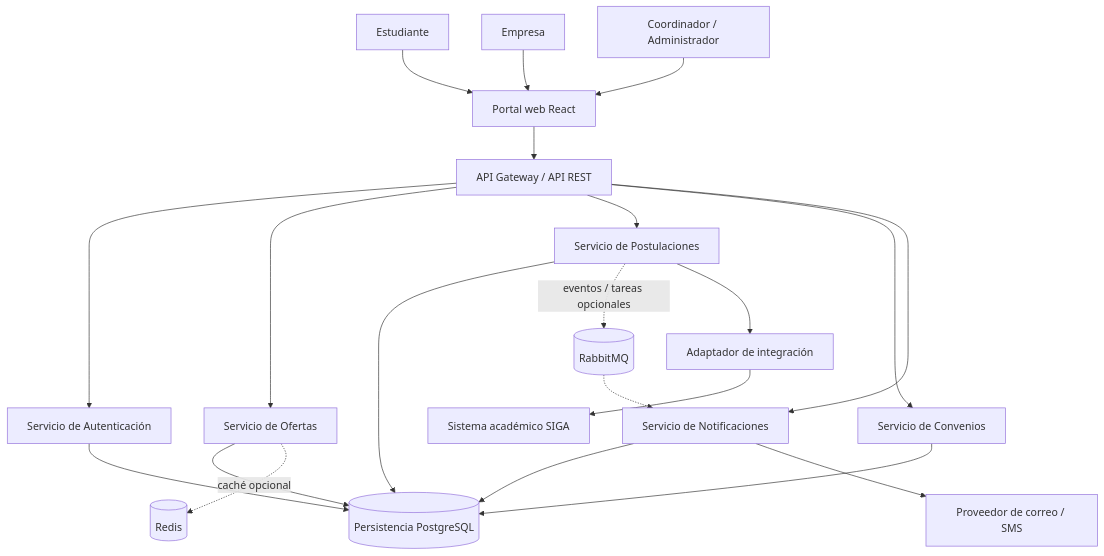
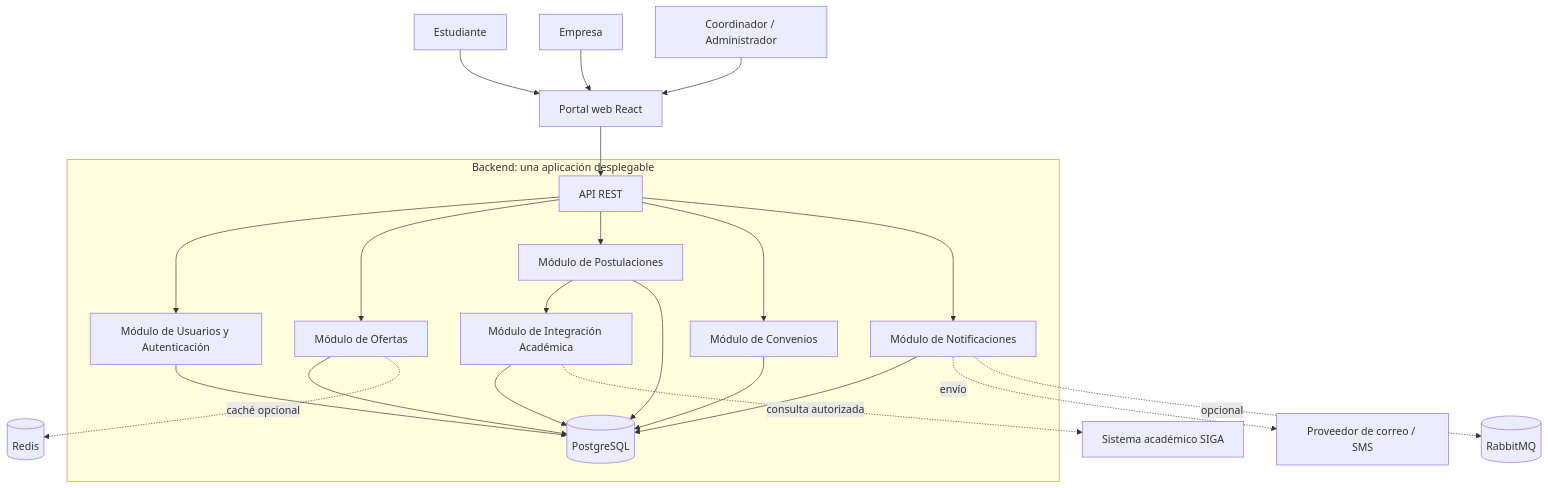
Before and after one commit to Jhoncode987/Sistema-de-Gestion-y-Publicacion-Practicas-Preprofesionales: the diagram in arquitectura/estilo-arquitectonico.md, drawn with Mermaid. The commit also changed other lines of this file, not shown here.

````diff
--- a/arquitectura/estilo-arquitectonico.md
+++ b/arquitectura/estilo-arquitectonico.md
@@ -42,27 +45,27 @@
 ```mermaid
 flowchart TD
     Est[Estudiante] --> Web[Portal web React]
     Emp[Empresa] --> Web
     Coord[Coordinador / Administrador] --> Web
-    Web --> GW[API Gateway / API REST]
 
-    GW --> Auth[Servicio de Autenticación]
-    GW --> Of[Servicio de Ofertas]
-    GW --> Post[Servicio de Postulaciones]
-    GW --> Conv[Servicio de Convenios]
-    GW --> Notif[Servicio de Notificaciones]
+    Web --> API[API REST]
+    subgraph App["Backend: una aplicación desplegable"]
+        API --> Auth["Módulo de Usuarios y Autenticación"]
+        API --> Of["Módulo de Ofertas"]
+        API --> Post["Módulo de Postulaciones"]
+        API --> Conv["Módulo de Convenios"]
+        API --> Notif["Módulo de Notificaciones"]
+        Post --> Acad["Módulo de Integración Académica"]
+        Auth --> DB[(PostgreSQL)]
+        Of --> DB
+        Post --> DB
+        Conv --> DB
+        Notif --> DB
+        Acad --> DB
+    end
 
-    Auth --> DB[(Persistencia PostgreSQL)]
-    Of --> DB
-    Post --> DB
-    Conv --> DB
-    Notif --> DB
-
+    Acad -. consulta autorizada .-> SIGA[Sistema académico SIGA]
+    Notif -. envío .-> Canal[Proveedor de correo / SMS]
+    Notif -. opcional .-> MQ[(RabbitMQ)]
     Of -. caché opcional .-> Redis[(Redis)]
-    Post -. eventos / tareas opcionales .-> MQ[(RabbitMQ)]
-    MQ -.-> Notif
-
-    Post --> Adapter[Adaptador de integración]
-    Adapter --> SIGA[Sistema académico SIGA]
-    Notif --> Canal[Proveedor de correo / SMS]
 ```
````
